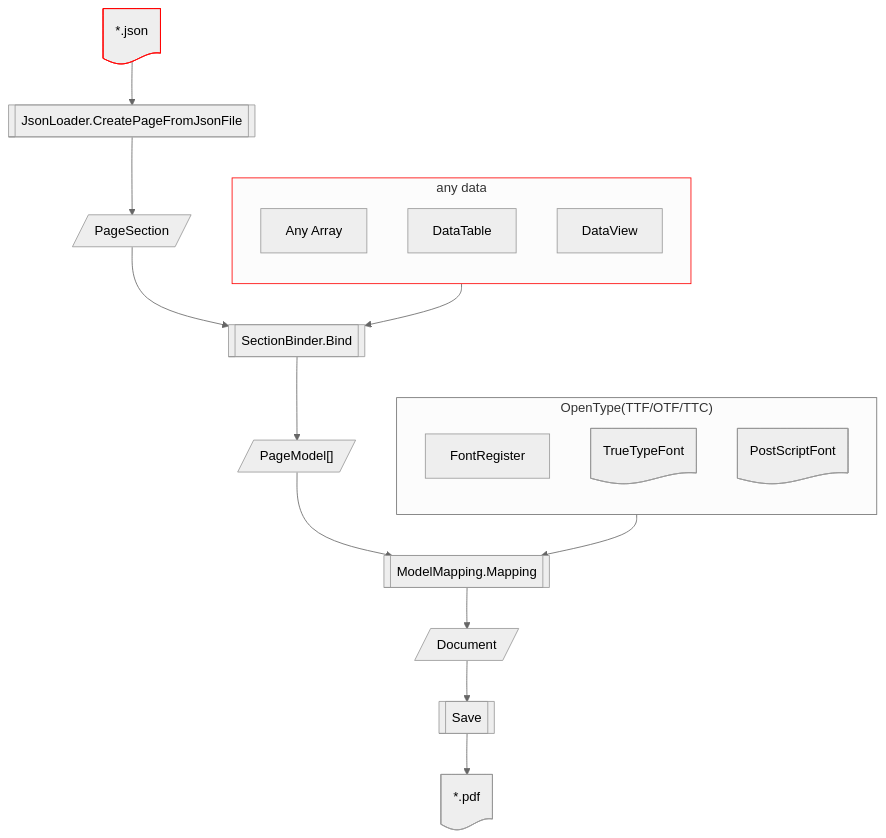
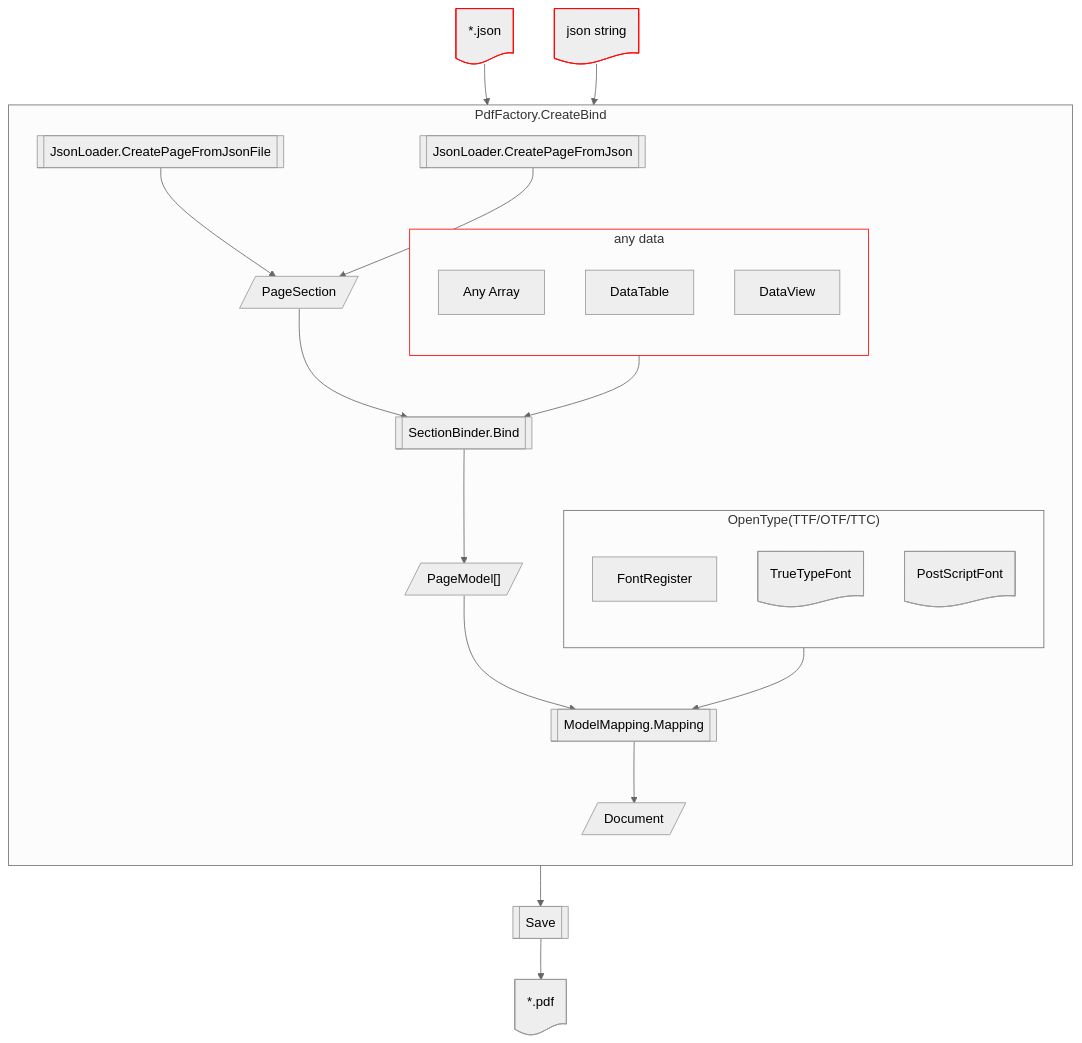
The diagram in README.md (zenuas/PicoPDF), drawn with Mermaid (neutral theme) before and after one commit. The commit also changed other lines of this file and 3 other files, not shown here.

````diff
--- a/README.md
+++ b/README.md
@@ -108,44 +108,62 @@
 ```mermaid
 graph TD;
     subgraph data ["any data"]
       direction TB;
       array;
       DataTable;
       DataView;
     end
     
     subgraph font ["OpenType(TTF/OTF/TTC)"]
       direction TB;
       FontRegister;
       ttf;
       cff;
     end
     
-    json:::input-->JsonLoader;
-    JsonLoader-->PageSection;
+    subgraph factory ["PdfFactory.CreateBind"]
+      direction TB;
+      
+      data;
+      font;
+      CreatePageFromJsonFile;
+      CreatePageFromJson;
+      PageSection;
+      SectionBinder;
+      PageModel;
+      ModelMapping;
+      Document;
+    end
+    
+    jsonfile:::input-->CreatePageFromJsonFile;
+    jsonnode:::input-->CreatePageFromJson;
+    CreatePageFromJsonFile-->PageSection;
+    CreatePageFromJson-->PageSection;
     PageSection-->SectionBinder;
     data:::input-->SectionBinder;
     SectionBinder-->PageModel;
     PageModel-->ModelMapping;
     font-->ModelMapping;
     ModelMapping-->Document;
     Document-->Save;
     Save-->pdf;
     
-    json@{ shape: doc, label: "*.json" }
+    jsonfile@{ shape: doc, label: "*.json" }
+    jsonnode@{ shape: doc, label: "json string" }
     array@{ shape: rect, label: "Any Array" }
     ttf@{ shape: doc, label: "TrueTypeFont" }
     cff@{ shape: doc, label: "PostScriptFont" }
     pdf@{ shape: doc, label: "*.pdf" }
     
-    JsonLoader@{ shape: subproc, label: "JsonLoader.CreatePageFromJsonFile" }
+    CreatePageFromJsonFile@{ shape: subproc, label: "JsonLoader.CreatePageFromJsonFile" }
+    CreatePageFromJson@{ shape: subproc, label: "JsonLoader.CreatePageFromJson" }
     SectionBinder@{ shape: subproc, label: "SectionBinder.Bind" }
     ModelMapping@{ shape: subproc, label: "ModelMapping.Mapping" }
     Save@{ shape: subproc, label: "Save" }
     
     PageSection@{ shape: lean-r, label: "PageSection" }
     PageModel@{ shape: lean-r, label: "PageModel[]" }
     Document@{ shape: lean-r, label: "Document" }
     
     classDef input stroke:red
 ```
````
